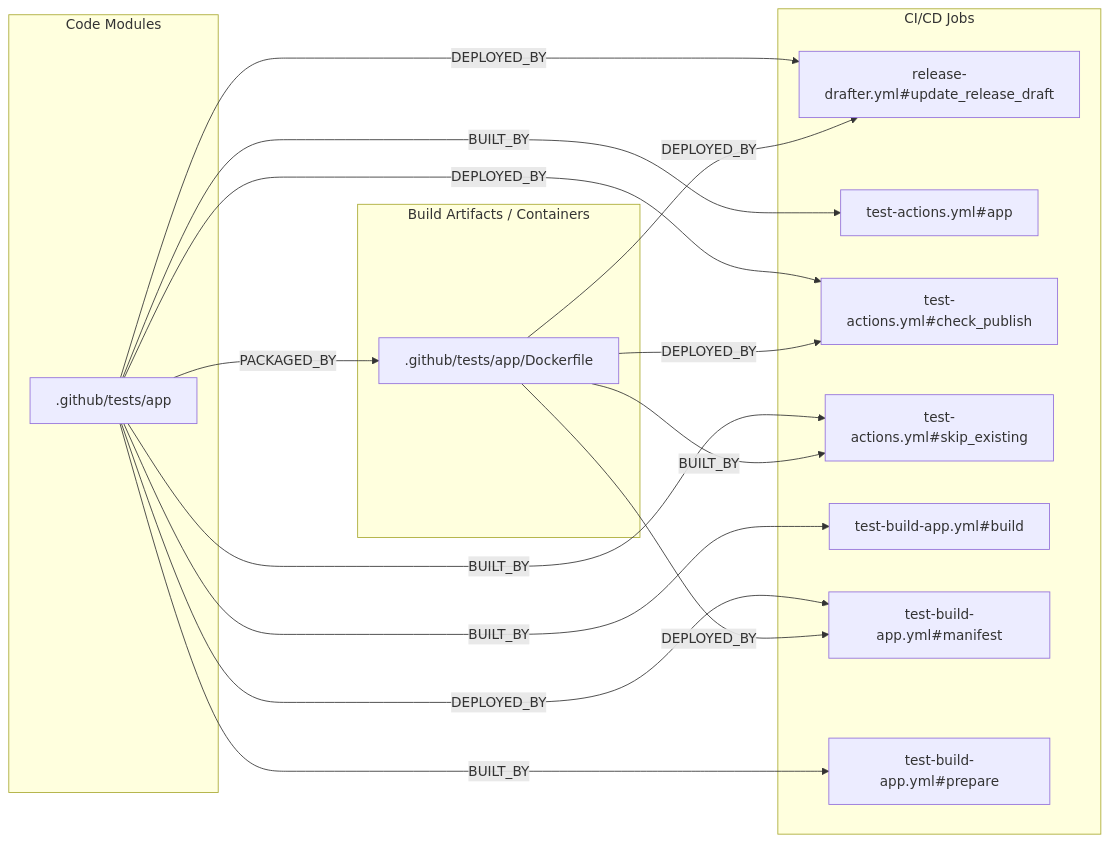
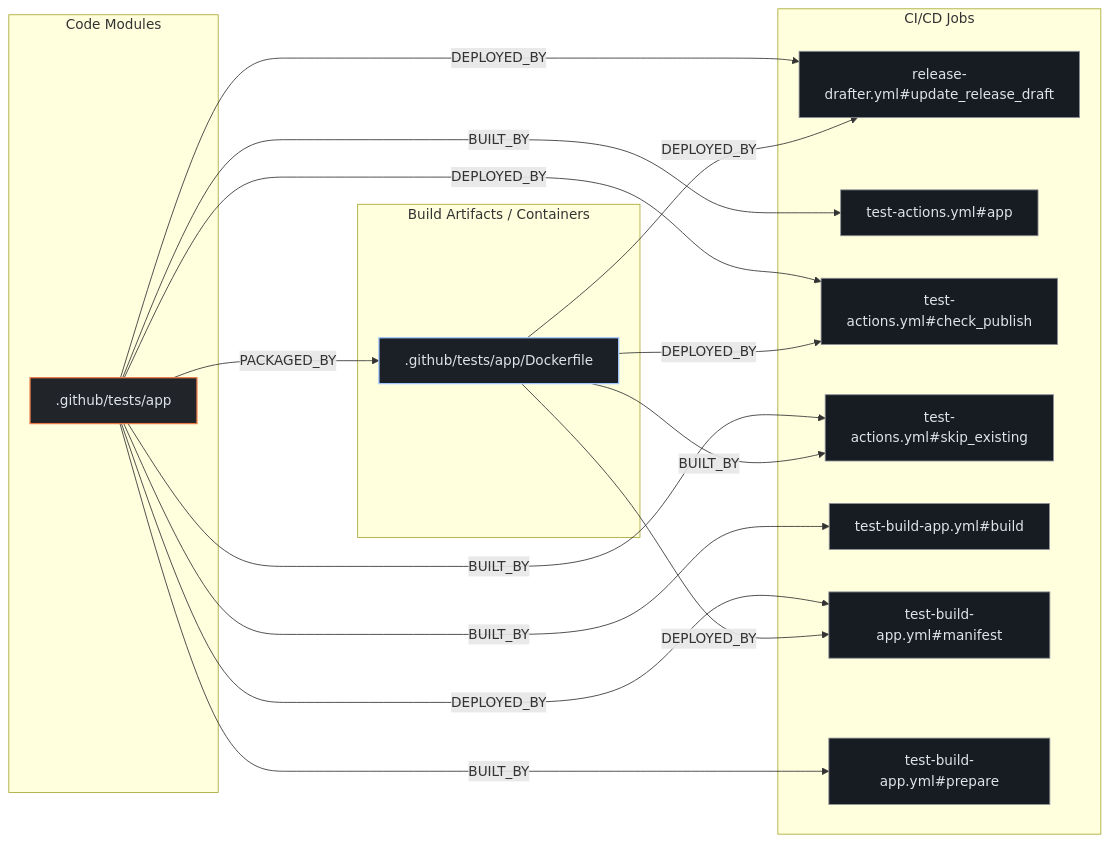
The second of 3 diagrams in exports/latest/reports/home-assistant-builder-report.md (kumarshaz/atruss-code-atlas), drawn with Mermaid before and after one commit. The commit also changed other lines of this file and 331 other files, not shown here.

Commit message:
docs,ui,fix: update SDLC docs, reorder CI/CD DAG first, stylize Mermaid, and fix Arc42 pipeline topology

````diff
--- a/exports/latest/reports/home-assistant-builder-report.md
+++ b/exports/latest/reports/home-assistant-builder-report.md
@@ -67,30 +74,34 @@
 ```mermaid
 flowchart LR
+    classDef atlasCategory fill:#212428,stroke:#E87A48,stroke-width:1.5px,color:#dfe3eb
+    classDef atlasWorkflow fill:#1b2026,stroke:#a3c9ff,stroke-width:1.5px,color:#dfe3eb
+    classDef atlasJob fill:#171c22,stroke:#8d9199,stroke-width:1px,color:#dfe3eb
+    classDef atlasTarget fill:#005227,stroke:#8bd99b,stroke-width:1.5px,color:#a7f6b6
     subgraph code_modules["Code Modules"]
-        mod__github_tests_app[".github/tests/app"]
+        mod__github_tests_app[".github/tests/app"]:::atlasCategory
     end
     subgraph build_artifacts["Build Artifacts / Containers"]
-        art__github_tests_app_Dockerfile[".github/tests/app/Dockerfile"]
+        art__github_tests_app_Dockerfile[".github/tests/app/Dockerfile"]:::atlasWorkflow
     end
     subgraph ci_jobs["CI/CD Jobs"]
-        job_release_drafter_yml_update_release_draft["release-drafter.yml#update_release_draft"]
-        job_test_actions_yml_app["test-actions.yml#app"]
-        job_test_actions_yml_check_publish["test-actions.yml#check_publish"]
-        job_test_actions_yml_skip_existing["test-actions.yml#skip_existing"]
-        job_test_build_app_yml_build["test-build-app.yml#build"]
-        job_test_build_app_yml_manifest["test-build-app.yml#manifest"]
-        job_test_build_app_yml_prepare["test-build-app.yml#prepare"]
+        job_release_drafter_yml_update_release_draft["release-drafter.yml#update_release_draft"]:::atlasJob
+        job_test_actions_yml_app["test-actions.yml#app"]:::atlasJob
+        job_test_actions_yml_check_publish["test-actions.yml#check_publish"]:::atlasJob
+        job_test_actions_yml_skip_existing["test-actions.yml#skip_existing"]:::atlasJob
+        job_test_build_app_yml_build["test-build-app.yml#build"]:::atlasJob
+        job_test_build_app_yml_manifest["test-build-app.yml#manifest"]:::atlasJob
+        job_test_build_app_yml_prepare["test-build-app.yml#prepare"]:::atlasJob
     end
     mod__github_tests_app -->|BUILT_BY| job_test_actions_yml_app
     mod__github_tests_app -->|BUILT_BY| job_test_actions_yml_skip_existing
     mod__github_tests_app -->|BUILT_BY| job_test_build_app_yml_build
     mod__github_tests_app -->|BUILT_BY| job_test_build_app_yml_prepare
     mod__github_tests_app -->|DEPLOYED_BY| job_release_drafter_yml_update_release_draft
     mod__github_tests_app -->|DEPLOYED_BY| job_test_actions_yml_check_publish
     mod__github_tests_app -->|DEPLOYED_BY| job_test_build_app_yml_manifest
     mod__github_tests_app -->|PACKAGED_BY| art__github_tests_app_Dockerfile
     art__github_tests_app_Dockerfile -->|BUILT_BY| job_test_actions_yml_skip_existing
     art__github_tests_app_Dockerfile -->|DEPLOYED_BY| job_release_drafter_yml_update_release_draft
     art__github_tests_app_Dockerfile -->|DEPLOYED_BY| job_test_actions_yml_check_publish
     art__github_tests_app_Dockerfile -->|DEPLOYED_BY| job_test_build_app_yml_manifest
 ```
````
